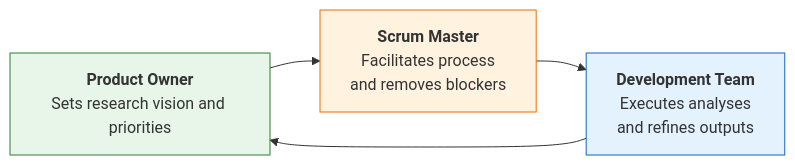
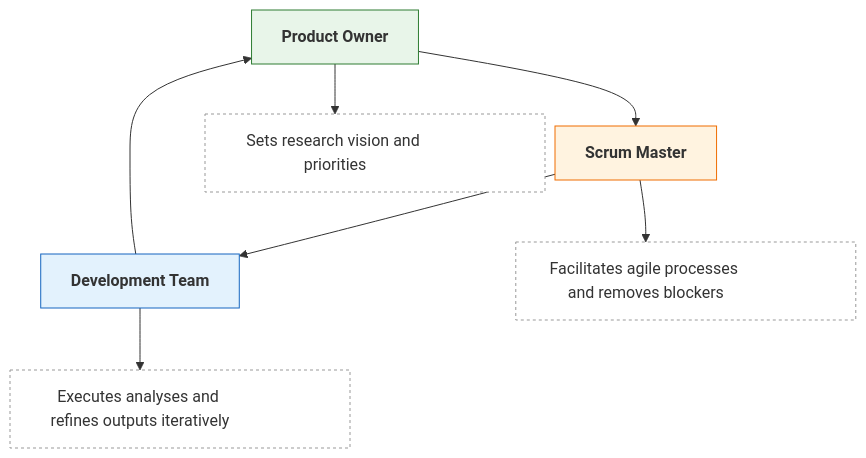
One commit to thomgiles/DSDSP changed the fourth of 6 diagrams in training_site/essential_digital_skills/episodes/02-digital_delivery.qmd. Above: the diagram before and after it, drawn with Mermaid. The commit also changed other lines of this file and 1 other file, not shown here.

````diff
--- a/training_site/essential_digital_skills/episodes/02-digital_delivery.qmd
+++ b/training_site/essential_digital_skills/episodes/02-digital_delivery.qmd
@@ -224,14 +240,29 @@
 ```{mermaid}
-flowchart LR
-    PO["<b>Product Owner</b><br>Sets research vision and priorities"]:::lead
-    SM["<b>Scrum Master</b><br>Facilitates process <br> and removes blockers"]:::coord
-    DEV["<b>Development Team</b><br>Executes analyses <br> and refines outputs"]:::exec
+flowchart TB
+    %% Main role nodes (A–C)
+    A["<b>Product Owner</b>"]
+    B["<b>Scrum Master</b>"]
+    C["<b>Development Team</b>"]
 
-    PO --> SM
-    SM --> DEV
-    DEV --> PO
+    %% Descriptive subnodes
+    A1["Sets research vision and priorities"]
+    B1["Facilitates agile processes and removes blockers"]
+    C1["Executes analyses and refines outputs iteratively"]
 
-    style PO fill:#E8F5E9,stroke:#2E7D32,stroke-width:1px
-    style SM fill:#FFF3E0,stroke:#EF6C00,stroke-width:1px
-    style DEV fill:#E3F2FD,stroke:#1565C0,stroke-width:1px
+    %% Flow connections (cyclic collaboration)
+    A --> B --> C --> A
+
+    %% Descriptive links
+    A --> A1
+    B --> B1
+    C --> C1
+
+    %% Styling for main nodes
+    style A fill:#E8F5E9,stroke:#2E7D32,stroke-width:1px
+    style B fill:#FFF3E0,stroke:#EF6C00,stroke-width:1px
+    style C fill:#E3F2FD,stroke:#1565C0,stroke-width:1px
+
+    %% Styling for descriptive nodes
+    classDef desc fill:#FFFFFF,stroke:#999,stroke-dasharray:3 3,width:340px;
+    class A1,B1,C1 desc;
 ```
````
